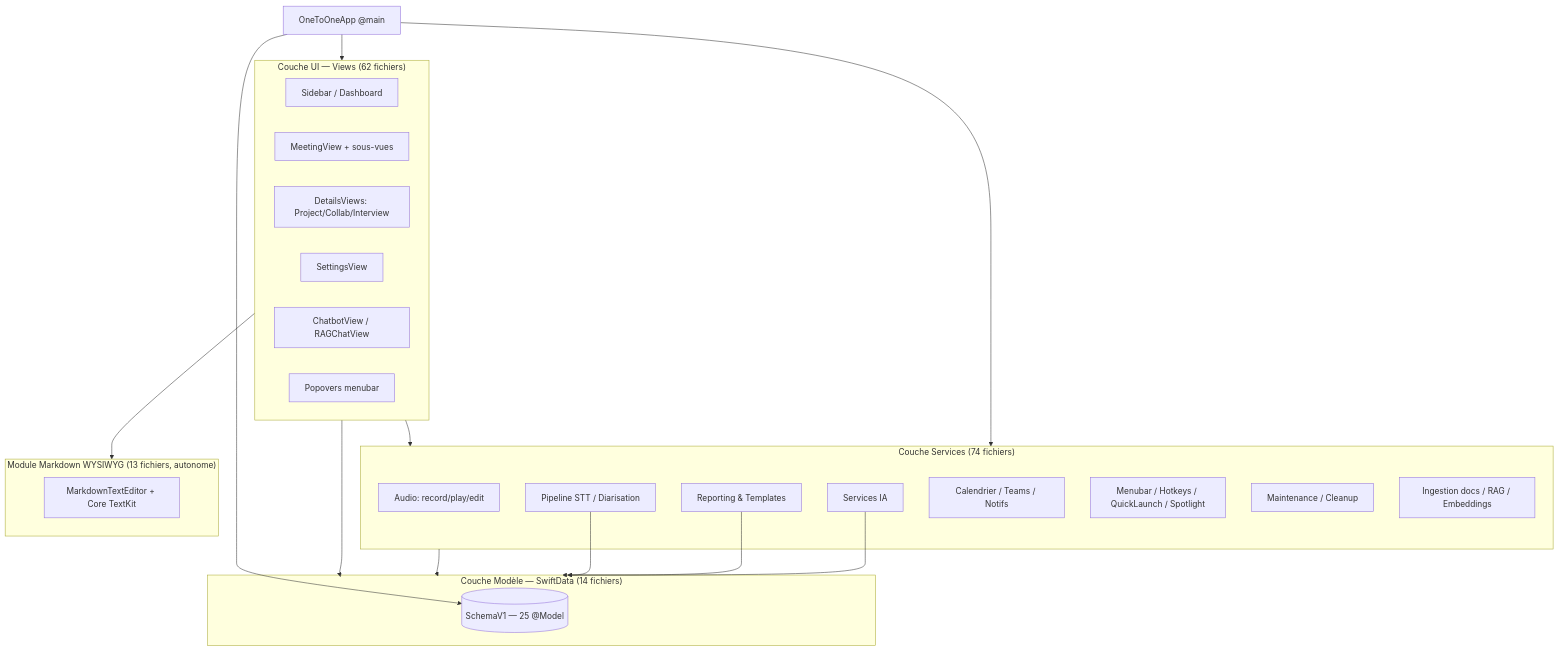
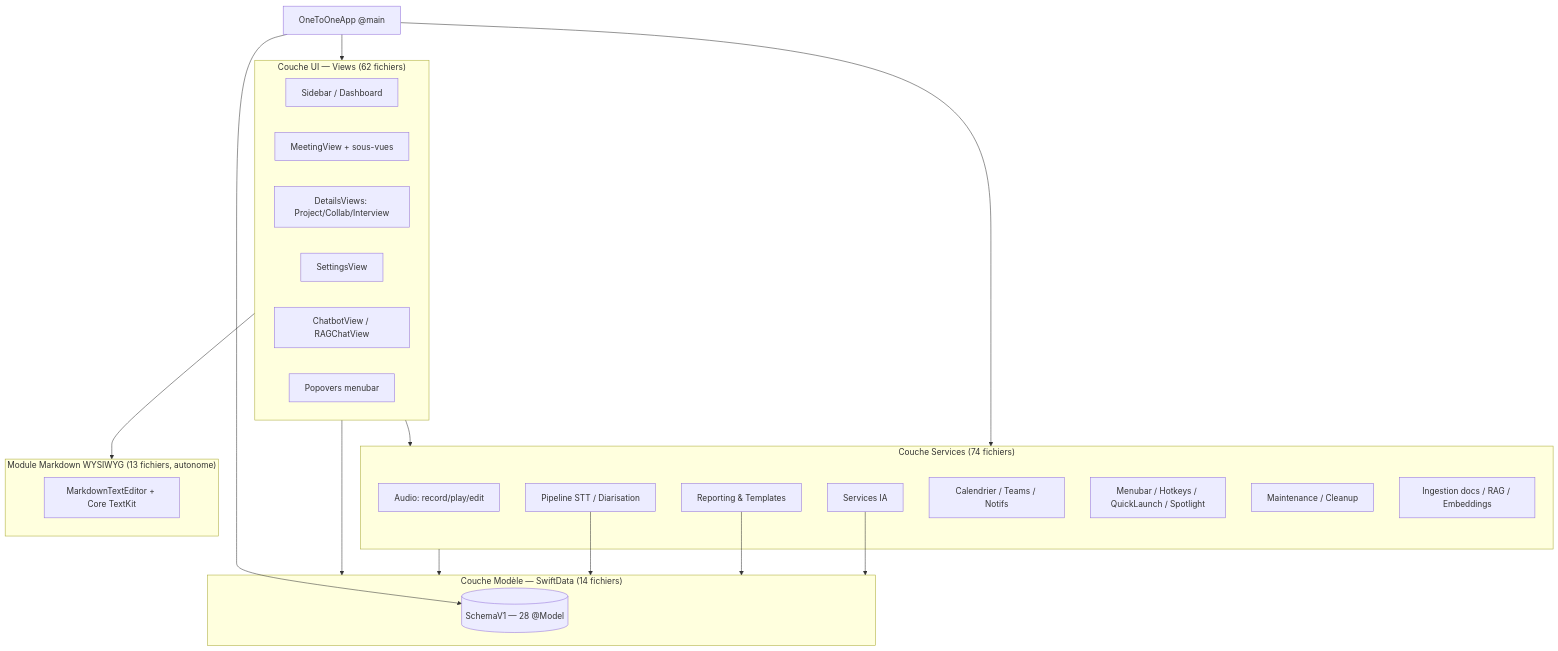
One commit to ldb2000/One2One changed the first of 5 diagrams in docs/architecture.md. Above: the diagram before and after it, drawn with Mermaid. The commit also changed other lines of this file and 1 other file, not shown here.

Commit message:
docs: architecture + CLAUDE.md — embeddings MLX et scan automatique des mails

````diff
--- a/docs/architecture.md
+++ b/docs/architecture.md
@@ -66,42 +67,42 @@
 ```mermaid
 graph TD
     subgraph UI["Couche UI — Views (62 fichiers)"]
         SIDEBAR[Sidebar / Dashboard]
         MEETING[MeetingView + sous-vues]
         DETAILS[DetailsViews: Project/Collab/Interview]
         SETTINGS[SettingsView]
         CHATBOT[ChatbotView / RAGChatView]
         MENUBAR_UI[Popovers menubar]
     end
 
     subgraph SVC["Couche Services (74 fichiers)"]
         AI[Services IA]
         STT[Pipeline STT / Diarisation]
         REPORT[Reporting & Templates]
         AUDIO[Audio: record/play/edit]
         CAL[Calendrier / Teams / Notifs]
         SYS[Menubar / Hotkeys / QuickLaunch / Spotlight]
         MAINT[Maintenance / Cleanup]
         IMPORT[Ingestion docs / RAG / Embeddings]
     end
 
     subgraph MODEL["Couche Modèle — SwiftData (14 fichiers)"]
-        SCHEMA[(SchemaV1 — 25 @Model)]
+        SCHEMA[(SchemaV1 — 28 @Model)]
     end
 
     subgraph MD["Module Markdown WYSIWYG (13 fichiers, autonome)"]
         EDITOR[MarkdownTextEditor + Core TextKit]
     end
 
     UI --> SVC
     UI --> MODEL
     SVC --> MODEL
     UI --> MD
     STT --> MODEL
     REPORT --> MODEL
     AI --> MODEL
 
     APP[OneToOneApp @main] --> UI
     APP --> SVC
     APP --> SCHEMA
 ```
````
